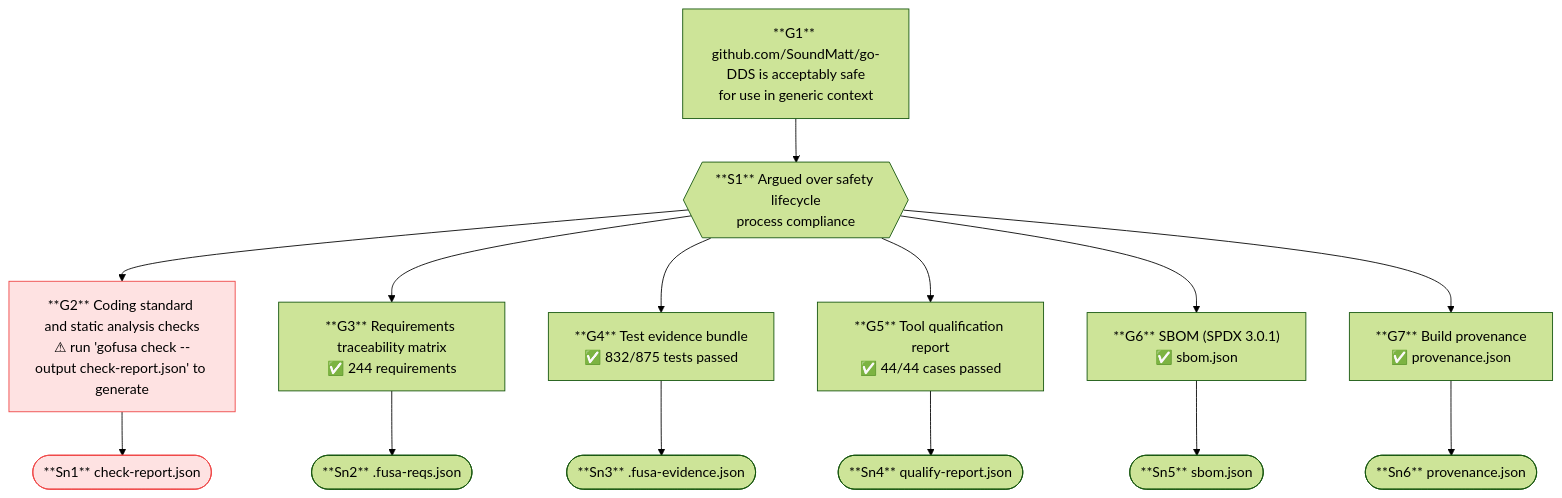
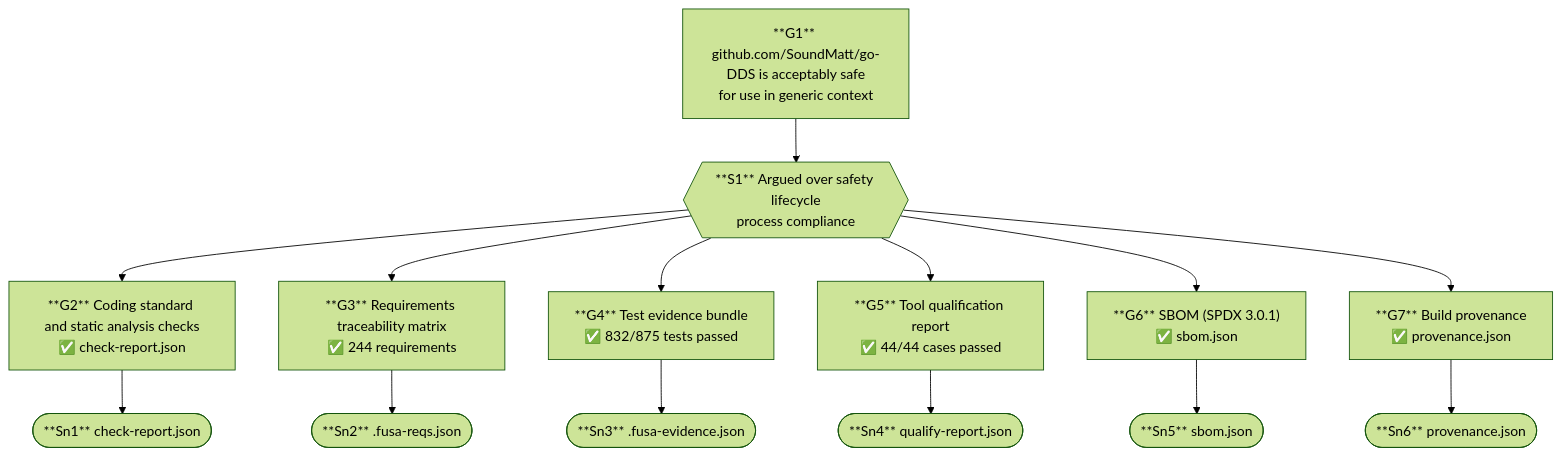
One commit to SoundMatt/go-DDS changed the diagram in safety-case.mermaid. Above: the diagram before and after it, drawn with Mermaid (forest theme). The commit also changed 24 other files, not shown here.

```diff
--- a/safety-case.mermaid
+++ b/safety-case.mermaid
@@ -1,30 +1,28 @@
 flowchart TD
     G1["**G1** github.com/SoundMatt/go-DDS is acceptably safe\nfor use in generic context"]
     S1{{"**S1** Argued over safety lifecycle\nprocess compliance"}}
-    G2["**G2** Coding standard and static analysis checks\n⚠ run 'gofusa check --output check-report.json' to generate"]
+    G2["**G2** Coding standard and static analysis checks\n✅ check-report.json"]
     Sn1(["**Sn1** check-report.json"])
     G3["**G3** Requirements traceability matrix\n✅ 244 requirements"]
     Sn2(["**Sn2** .fusa-reqs.json"])
     G4["**G4** Test evidence bundle\n✅ 832/875 tests passed"]
     Sn3(["**Sn3** .fusa-evidence.json"])
     G5["**G5** Tool qualification report\n✅ 44/44 cases passed"]
     Sn4(["**Sn4** qualify-report.json"])
     G6["**G6** SBOM (SPDX 3.0.1)\n✅ sbom.json"]
     Sn5(["**Sn5** sbom.json"])
     G7["**G7** Build provenance\n✅ provenance.json"]
     Sn6(["**Sn6** provenance.json"])
     G1 --> S1
     S1 --> G2
     S1 --> G3
     S1 --> G4
     S1 --> G5
     S1 --> G6
     S1 --> G7
     G2 --> Sn1
     G3 --> Sn2
     G4 --> Sn3
     G5 --> Sn4
     G6 --> Sn5
     G7 --> Sn6
-    style G2 fill:#fee2e2,stroke:#ef4444
-    style Sn1 fill:#fee2e2,stroke:#ef4444
```
